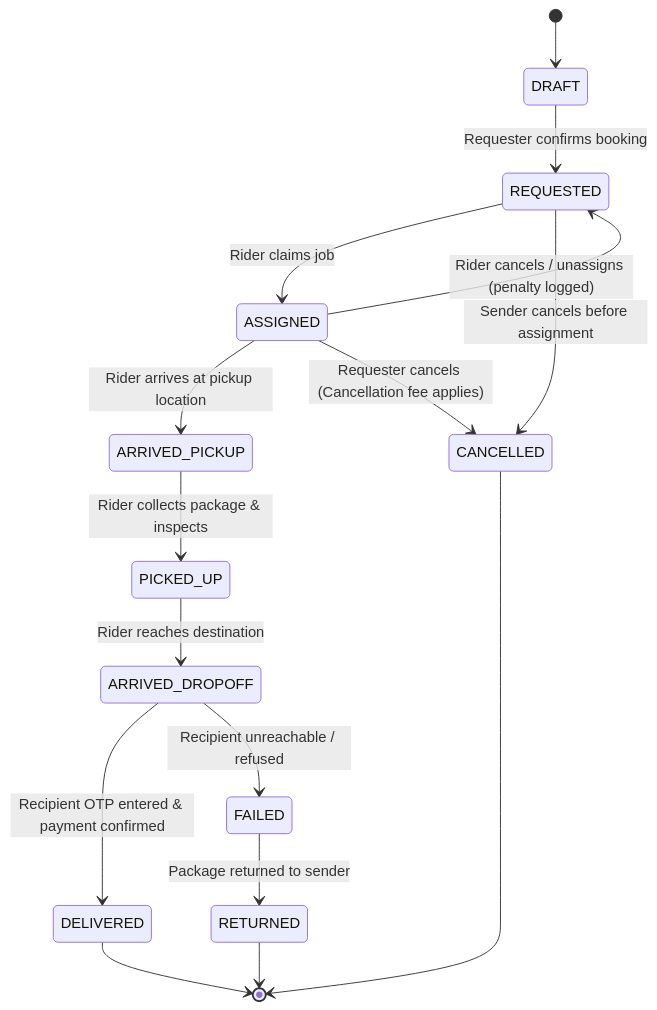
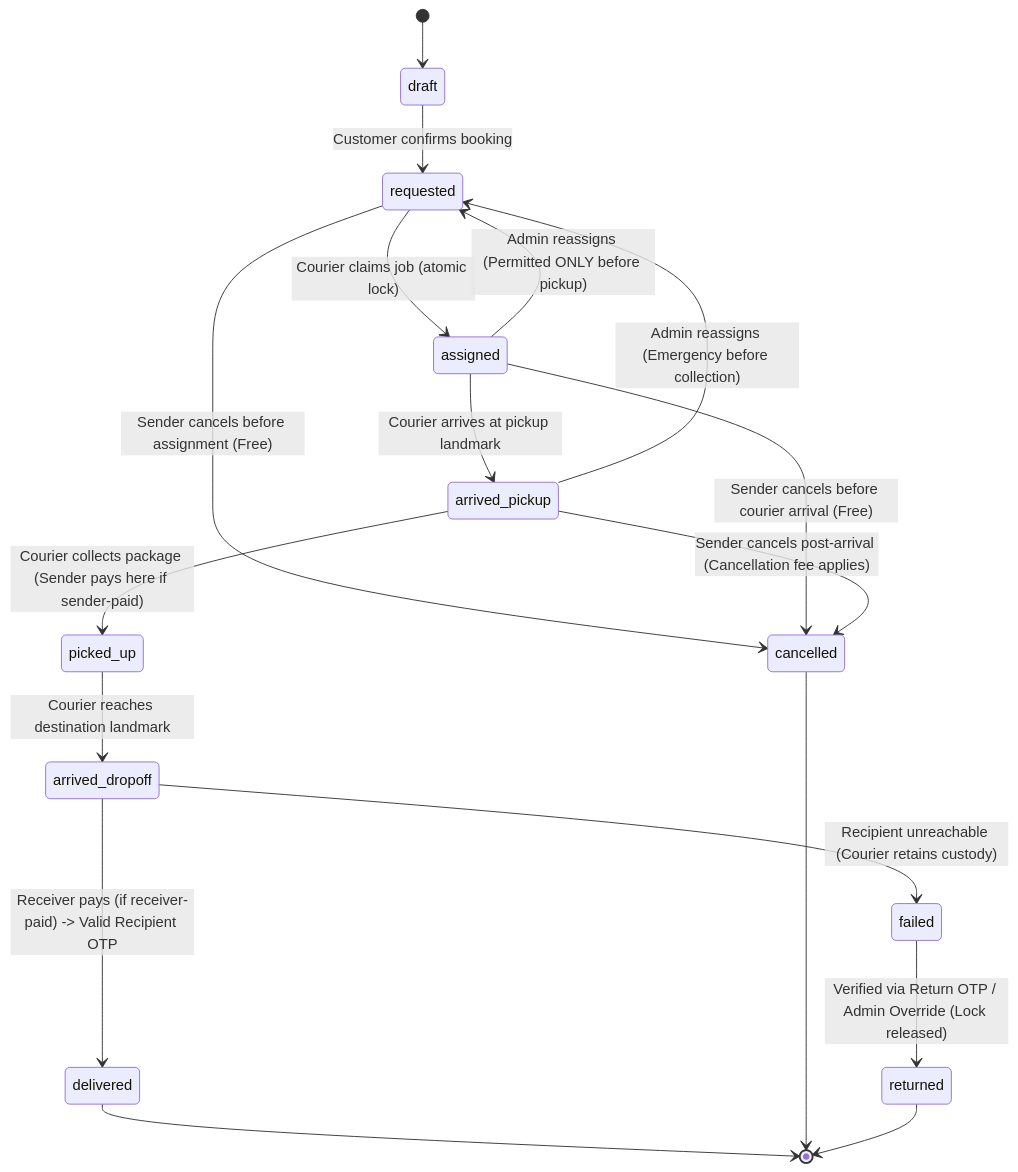
The third of 3 diagrams in docs/MVP_SPEC.md (NahoooMac/Delivery_App), drawn with Mermaid before and after one commit. The commit also changed other lines of this file and 5 other files, not shown here.

Commit message:
docs: finalize MVP architecture, database design, and UX core screen flows

````diff
--- a/docs/MVP_SPEC.md
+++ b/docs/MVP_SPEC.md
@@ -222,18 +245,20 @@
 ```mermaid
 stateDiagram-v2
-    [*] --> DRAFT
-    DRAFT --> REQUESTED: Requester confirms booking
-    REQUESTED --> ASSIGNED: Rider claims job
-    REQUESTED --> CANCELLED: Sender cancels before assignment
-    ASSIGNED --> ARRIVED_PICKUP: Rider arrives at pickup location
-    ASSIGNED --> CANCELLED: Requester cancels (Cancellation fee applies)
-    ASSIGNED --> REQUESTED: Rider cancels / unassigns (penalty logged)
-    ARRIVED_PICKUP --> PICKED_UP: Rider collects package & inspects
-    PICKED_UP --> ARRIVED_DROPOFF: Rider reaches destination
-    ARRIVED_DROPOFF --> DELIVERED: Recipient OTP entered & payment confirmed
-    ARRIVED_DROPOFF --> FAILED: Recipient unreachable / refused
-    FAILED --> RETURNED: Package returned to sender
-    DELIVERED --> [*]
-    CANCELLED --> [*]
-    RETURNED --> [*]
+    [*] --> draft
+    draft --> requested: Customer confirms booking
+    requested --> assigned: Courier claims job (atomic lock)
+    requested --> cancelled: Sender cancels before assignment (Free)
+    assigned --> arrived_pickup: Courier arrives at pickup landmark
+    assigned --> cancelled: Sender cancels before courier arrival (Free)
+    assigned --> requested: Admin reassigns (Permitted ONLY before pickup)
+    arrived_pickup --> cancelled: Sender cancels post-arrival (Cancellation fee applies)
+    arrived_pickup --> requested: Admin reassigns (Emergency before collection)
+    arrived_pickup --> picked_up: Courier collects package (Sender pays here if sender-paid)
+    picked_up --> arrived_dropoff: Courier reaches destination landmark
+    arrived_dropoff --> delivered: Receiver pays (if receiver-paid) -> Valid Recipient OTP
+    arrived_dropoff --> failed: Recipient unreachable (Courier retains custody)
+    failed --> returned: Verified via Return OTP / Admin Override (Lock released)
+    delivered --> [*]
+    cancelled --> [*]
+    returned --> [*]
 ```
````
